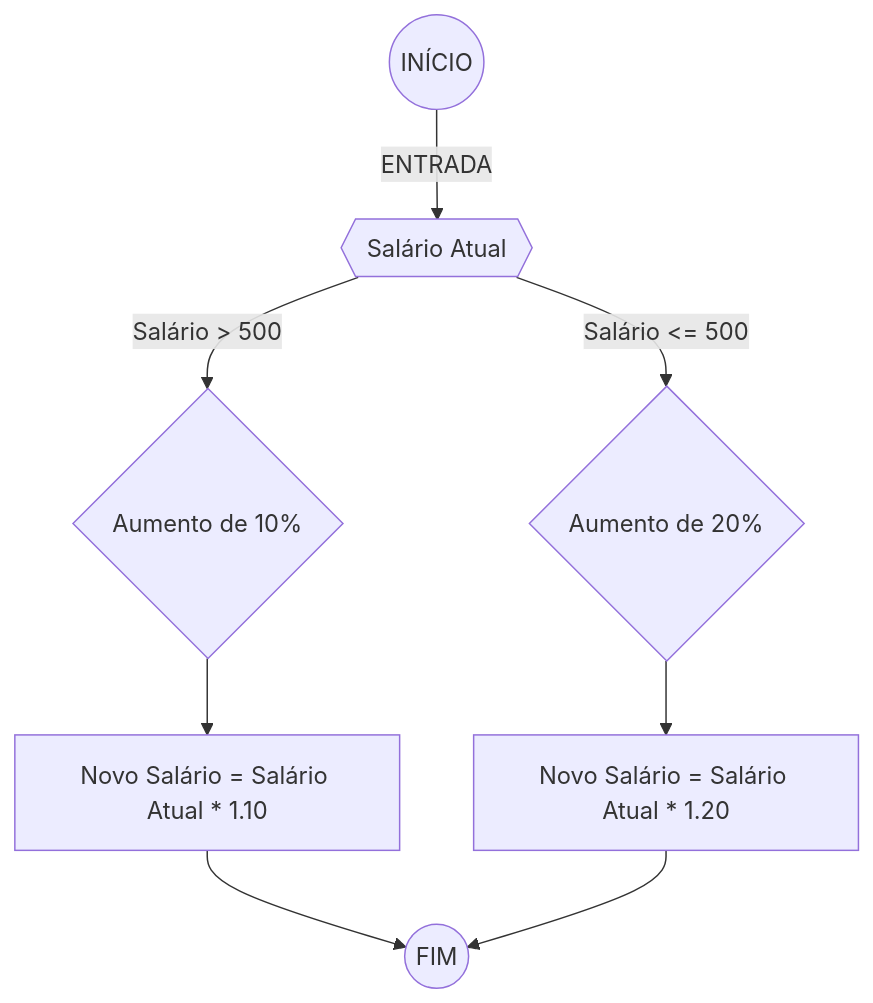
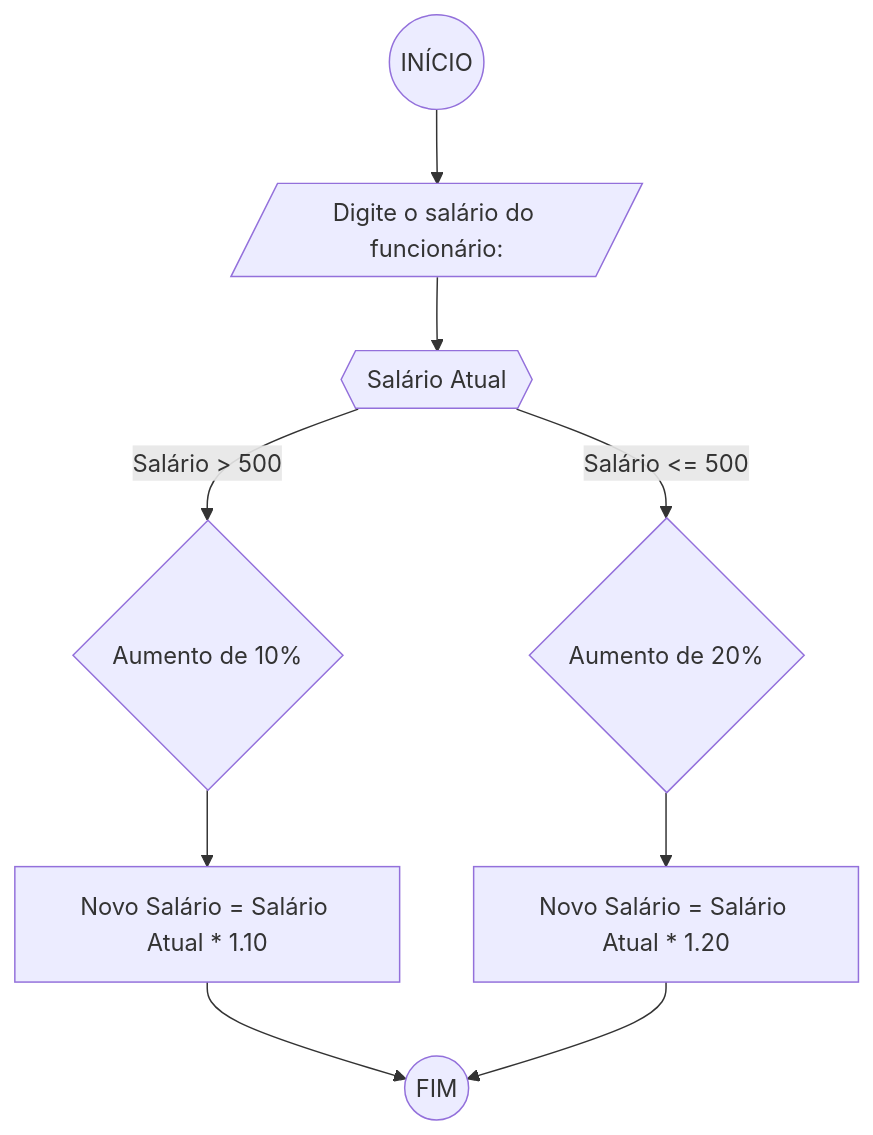
One commit to IamTheNewGhost57/Unifor changed the second of 2 diagrams in RLA/Lista de exercícios 01.md. Above: the diagram before and after it, drawn with Mermaid. The commit also changed other lines of this file, not shown here.

````diff
--- a/RLA/Lista de exercícios 01.md
+++ b/RLA/Lista de exercícios 01.md
@@ -49,10 +49,11 @@
 ```mermaid
 flowchart TD
-    A((INÍCIO)) --ENTRADA--> B{{Salário Atual}}
+    A((INÍCIO)) --> I[/Digite o salário do funcionário:/]
+    I --> B{{Salário Atual}}
     B --Salário <= 500--> D{Aumento de 20%}
     B --Salário > 500--> C{Aumento de 10%}
     C --> G[Novo Salário = Salário Atual * 1.10]
     G --> H
     D --> E[Novo Salário = Salário Atual * 1.20]
     E --> H((FIM))
 ```
````
